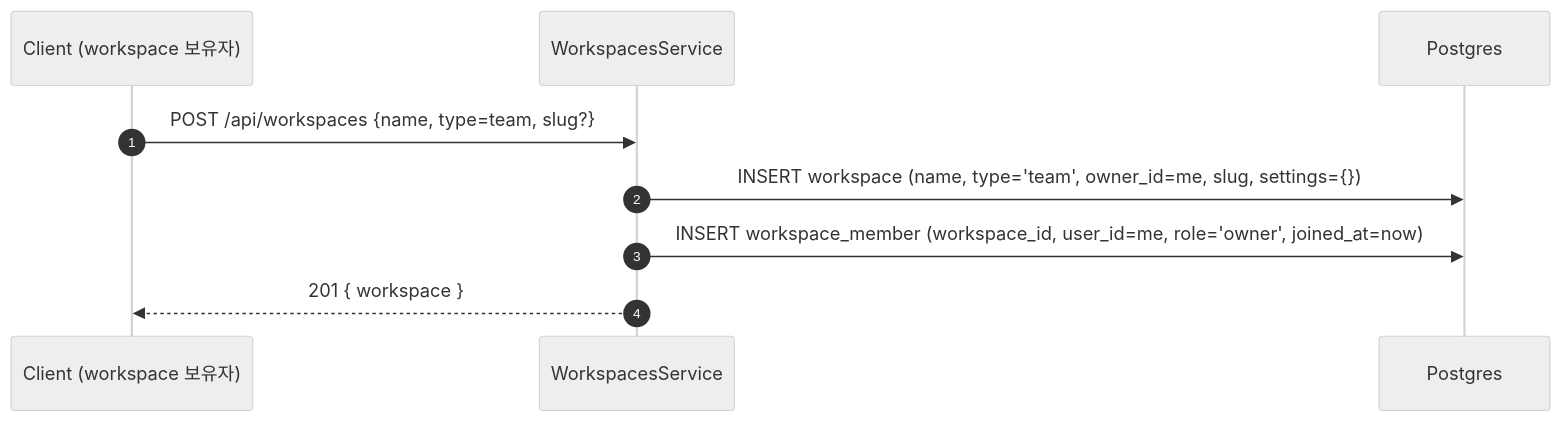
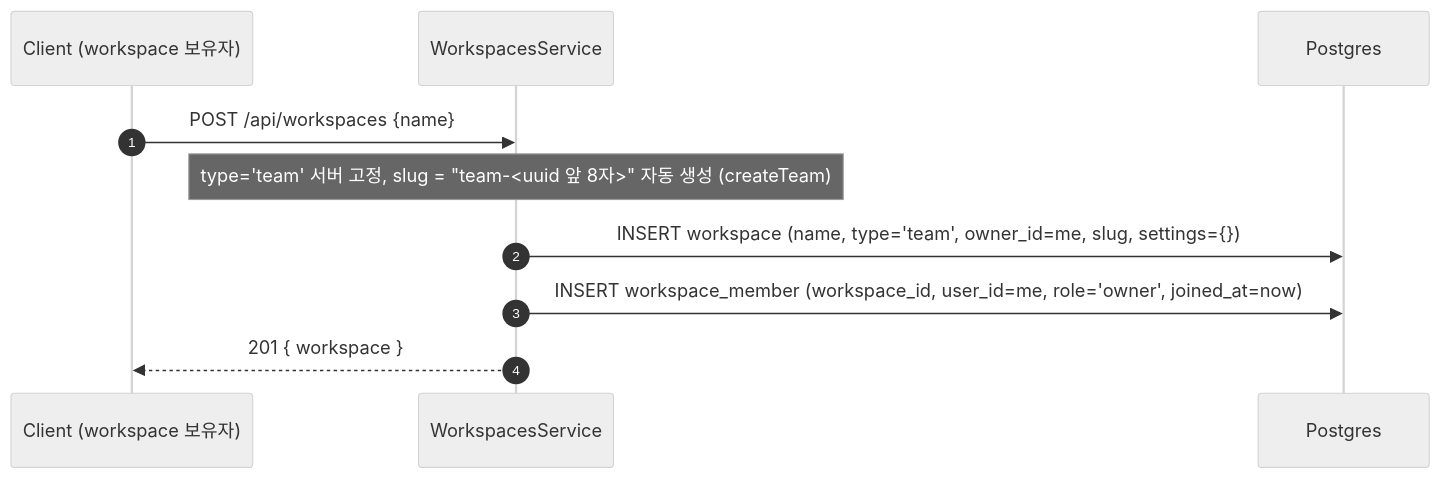
Before and after one commit to worker-ants/clemvion: the first of 6 diagrams in spec/data-flow/12-workspace.md, drawn with Mermaid (neutral theme). The commit also changed other lines of this file and 89 other files, not shown here.

First line of the commit message:
docs(spec): spec↔code 전수 상호 감사 — 역방향 커버리지 + drift 동기화 + data-flow 재구성 (위반 19건 보고) (#516)

````diff
--- a/spec/data-flow/12-workspace.md
+++ b/spec/data-flow/12-workspace.md
@@ -30,12 +30,13 @@
 ```mermaid
 sequenceDiagram
   autonumber
   participant C as Client (workspace 보유자)
   participant Svc as WorkspacesService
   participant PG as Postgres
 
-  C->>Svc: POST /api/workspaces {name, type=team, slug?}
+  C->>Svc: POST /api/workspaces {name}
+  Note over Svc: type='team' 서버 고정, slug = "team-<uuid 앞 8자>" 자동 생성 (createTeam)
   Svc->>PG: INSERT workspace (name, type='team', owner_id=me, slug, settings={})
   Svc->>PG: INSERT workspace_member (workspace_id, user_id=me, role='owner', joined_at=now)
   Svc-->>C: 201 { workspace }
 ```
````
